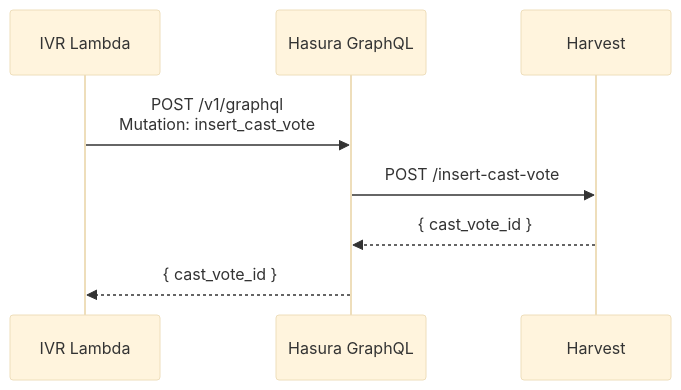
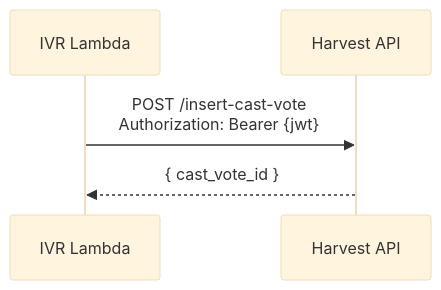
Before and after one commit to sequentech/step: the seventh of 10 diagrams in docs/docusaurus/docs/07-developers/12-ivr/ivr-system-design.md, drawn with Mermaid (base theme). The commit also changed other lines of this file and 1 other file, not shown here.

````diff
--- a/docs/docusaurus/docs/07-developers/12-ivr/ivr-system-design.md
+++ b/docs/docusaurus/docs/07-developers/12-ivr/ivr-system-design.md
@@ -929,11 +969,8 @@
 ```mermaid
 sequenceDiagram
     participant Lambda as IVR Lambda
-    participant Hasura as Hasura GraphQL
-    participant Harvest
+    participant Harvest as Harvest API
 
-    Lambda->>Hasura: POST /v1/graphql<br/>Mutation: insert_cast_vote
-    Hasura->>Harvest: POST /insert-cast-vote
-    Harvest-->>Hasura: { cast_vote_id }
-    Hasura-->>Lambda: { cast_vote_id }
+    Lambda->>Harvest: POST /insert-cast-vote<br/>Authorization: Bearer {jwt}
+    Harvest-->>Lambda: { cast_vote_id }
 ```
````
